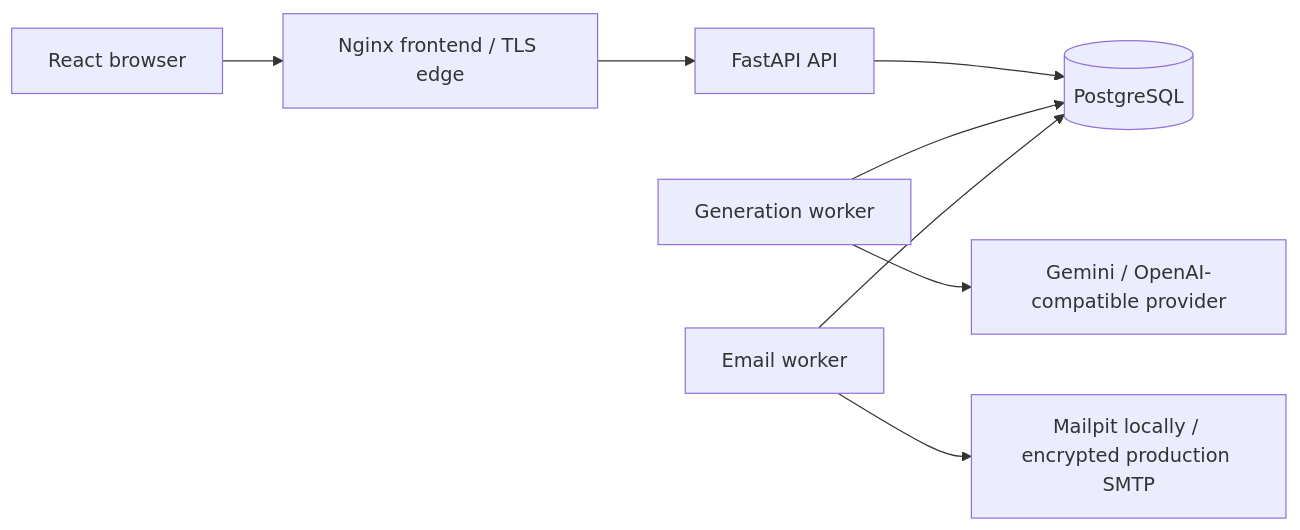
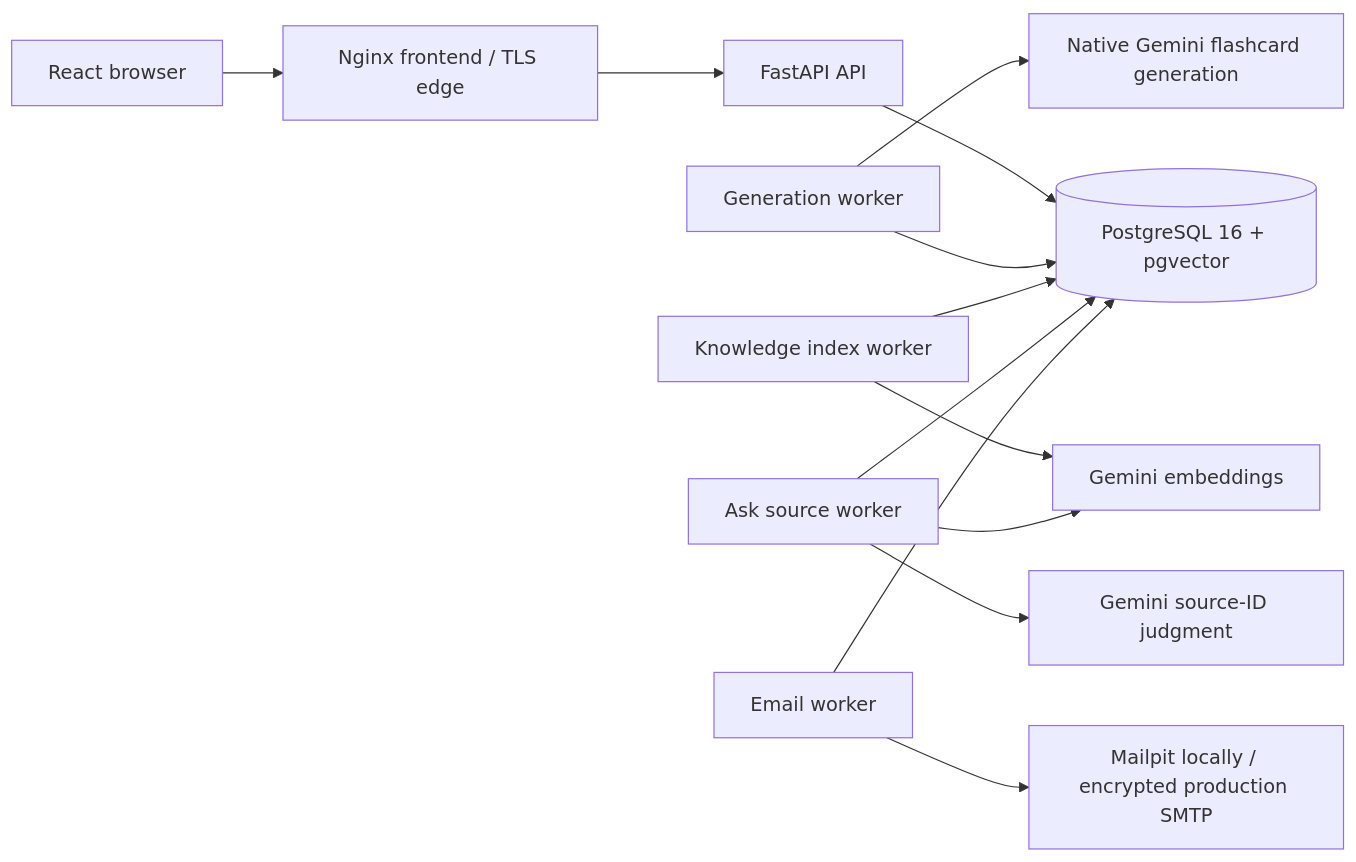
Before and after one commit to EoCiMrEo/Cardchemy: the diagram in README.md, drawn with Mermaid. The commit also changed other lines of this file and 543 other files, not shown here.

Commit message:
Release 0.2.0: finish repository cleanup and document current architecture

````diff
--- a/README.md
+++ b/README.md
@@ -30,10 +36,15 @@
 ```mermaid
 flowchart LR
   Browser[React browser] --> Edge[Nginx frontend / TLS edge]
   Edge --> API[FastAPI API]
-  API --> DB[(PostgreSQL)]
+  API --> DB[(PostgreSQL 16 + pgvector)]
   Generation[Generation worker] --> DB
-  Generation --> Provider[Gemini / OpenAI-compatible provider]
+  Generation --> Text[Native Gemini flashcard generation]
+  Index[Knowledge index worker] --> DB
+  Index --> Embedding[Gemini embeddings]
+  Ask[Ask source worker] --> DB
+  Ask --> Embedding
+  Ask --> Judge[Gemini source-ID judgment]
   Email[Email worker] --> DB
   Email --> SMTP[Mailpit locally / encrypted production SMTP]
 ```
````
